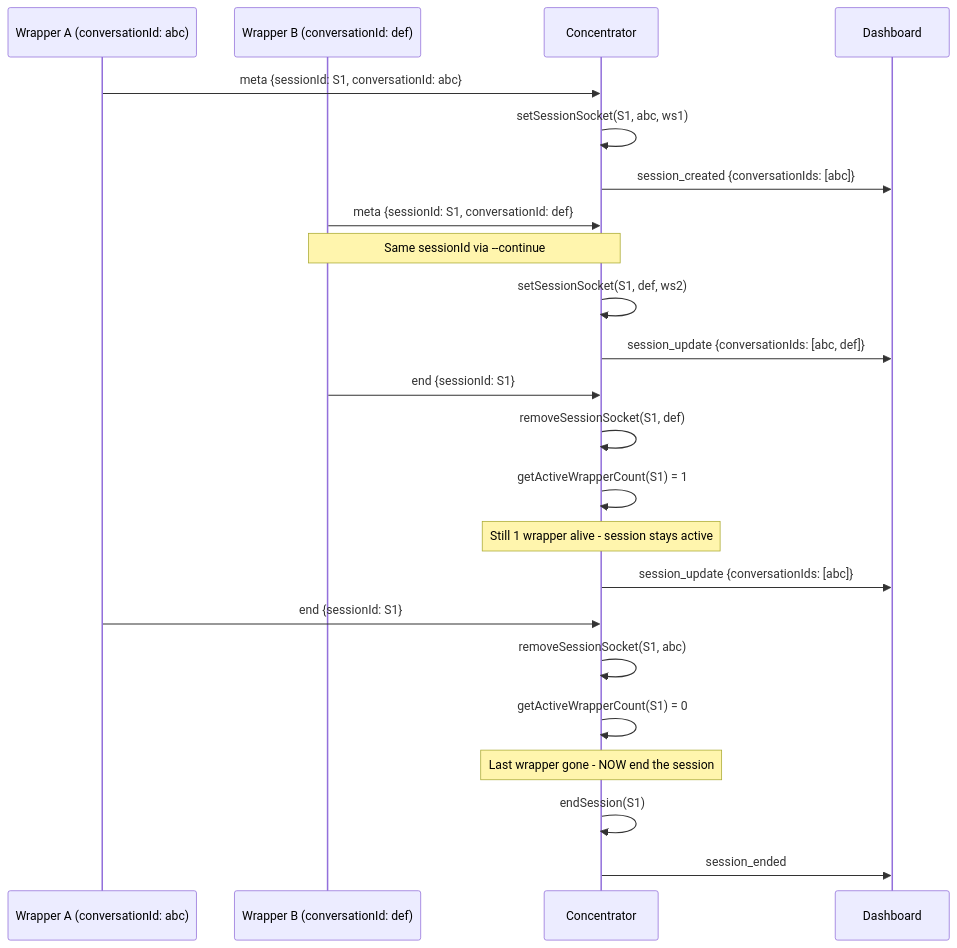
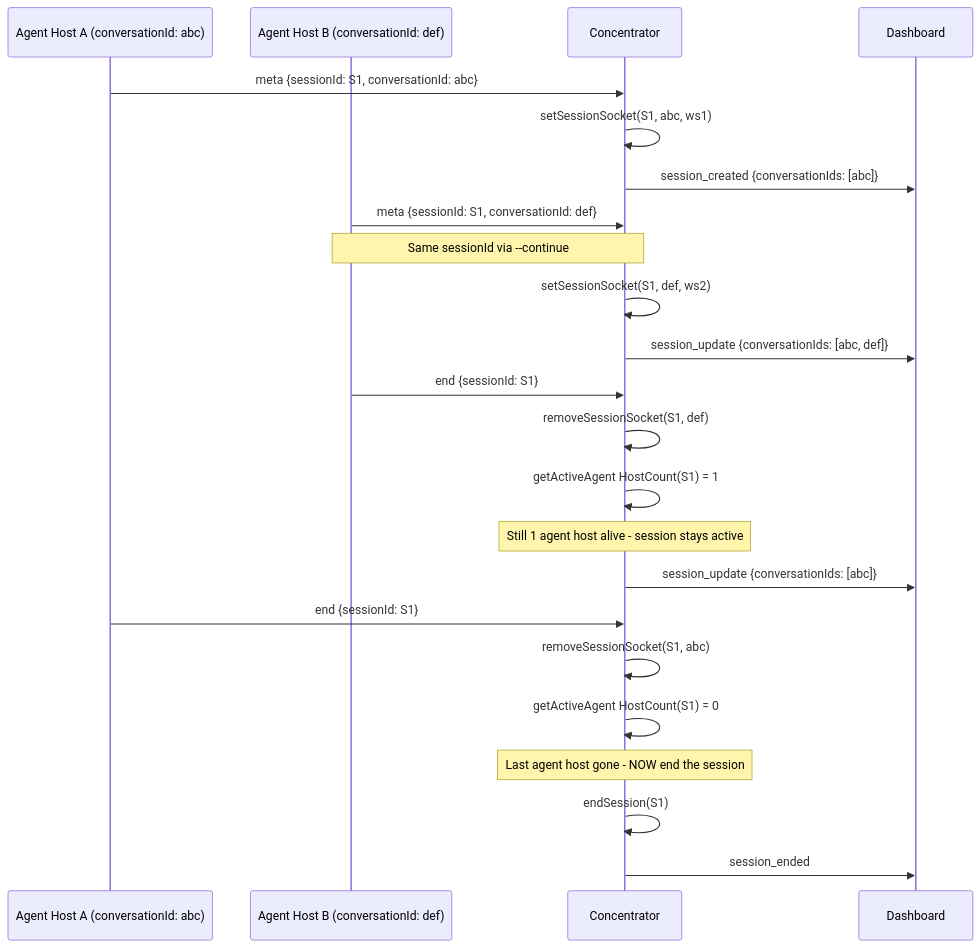
One commit to claudification/claudewerk changed the fourth of 5 diagrams in FLOW.md. Above: the diagram before and after it, drawn with Mermaid. The commit also changed other lines of this file and 19 other files, not shown here.

First line of the commit message:
docs: catch up to v1.0.0 vocabulary -- wrapper -> agent host everywhere

````diff
--- a/FLOW.md
+++ b/FLOW.md
@@ -125,29 +125,29 @@
 ```mermaid
 sequenceDiagram
-    participant W1 as Wrapper A (conversationId: abc)
-    participant W2 as Wrapper B (conversationId: def)
+    participant W1 as Agent Host A (conversationId: abc)
+    participant W2 as Agent Host B (conversationId: def)
     participant C as Concentrator
     participant D as Dashboard
 
     W1->>C: meta {sessionId: S1, conversationId: abc}
     C->>C: setSessionSocket(S1, abc, ws1)
     C->>D: session_created {conversationIds: [abc]}
 
     W2->>C: meta {sessionId: S1, conversationId: def}
     Note over W2,C: Same sessionId via --continue
     C->>C: setSessionSocket(S1, def, ws2)
     C->>D: session_update {conversationIds: [abc, def]}
 
     W2->>C: end {sessionId: S1}
     C->>C: removeSessionSocket(S1, def)
-    C->>C: getActiveWrapperCount(S1) = 1
-    Note over C: Still 1 wrapper alive - session stays active
+    C->>C: getActiveAgent HostCount(S1) = 1
+    Note over C: Still 1 agent host alive - session stays active
     C->>D: session_update {conversationIds: [abc]}
 
     W1->>C: end {sessionId: S1}
     C->>C: removeSessionSocket(S1, abc)
-    C->>C: getActiveWrapperCount(S1) = 0
-    Note over C: Last wrapper gone - NOW end the session
+    C->>C: getActiveAgent HostCount(S1) = 0
+    Note over C: Last agent host gone - NOW end the session
     C->>C: endSession(S1)
     C->>D: session_ended
 ```
````
